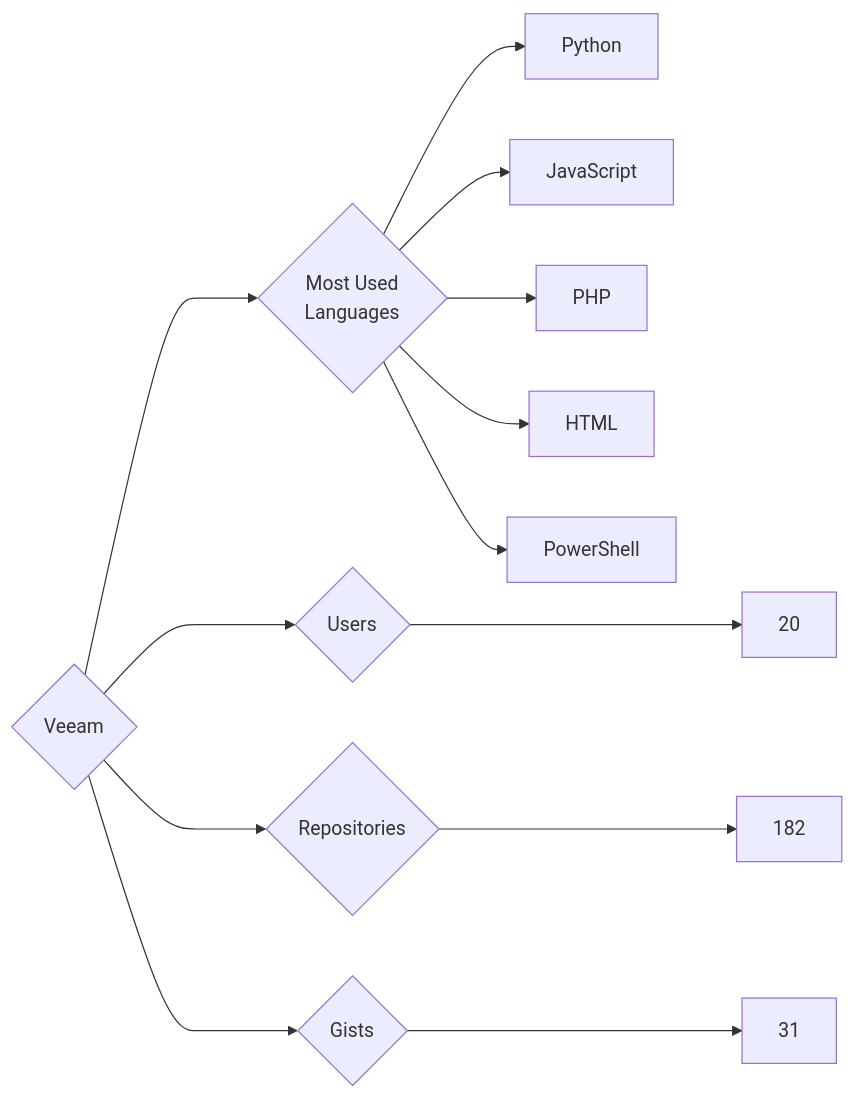
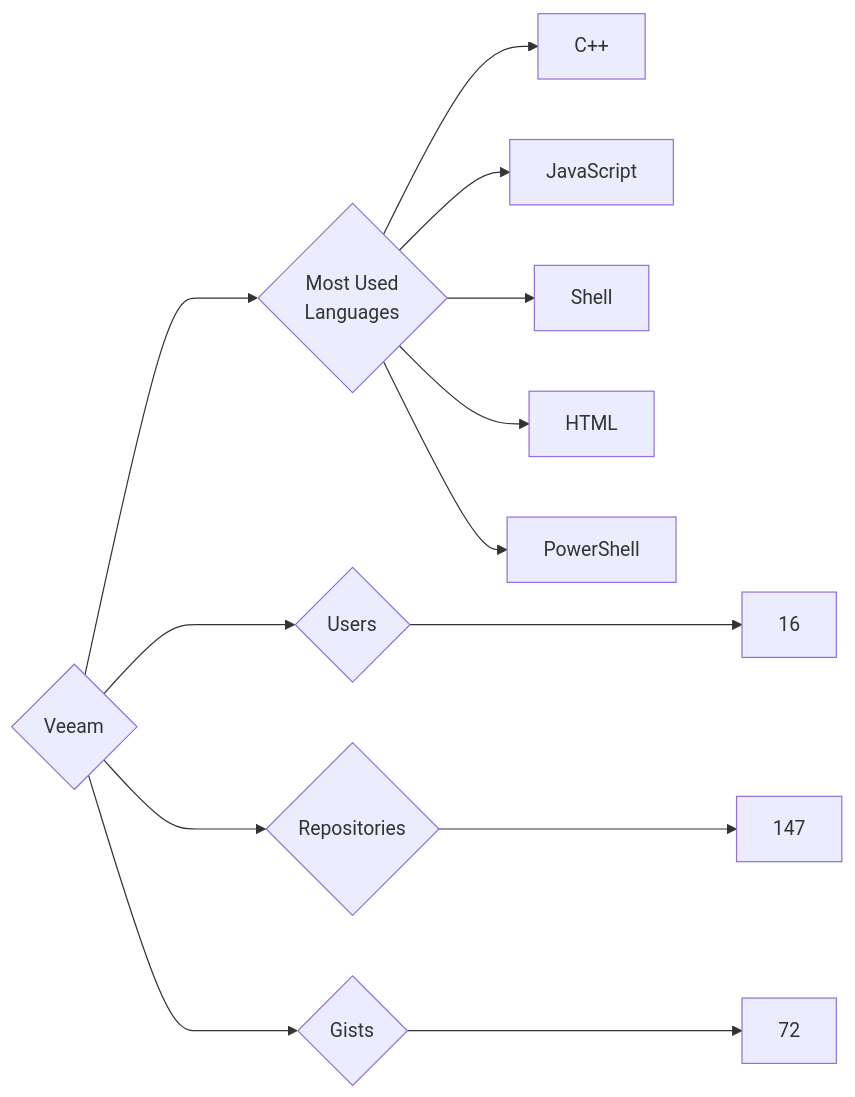
One commit to trickest/insiders changed the diagram in targets/Veeam/README.md. Above: the diagram before and after it, drawn with Mermaid. The commit also changed 898 other files, not shown here.

````diff
--- a/targets/Veeam/README.md
+++ b/targets/Veeam/README.md
@@ -3,13 +3,13 @@
 ```mermaid
 graph LR
 COMPANY_NAME{Veeam}
-COMPANY_NAME ---> U{Users} ---> UN[20]
-COMPANY_NAME ---> R{Repositories} ---> RN[182]
-COMPANY_NAME ---> G{Gists} ---> GN[31]
+COMPANY_NAME ---> U{Users} ---> UN[16]
+COMPANY_NAME ---> R{Repositories} ---> RN[147]
+COMPANY_NAME ---> G{Gists} ---> GN[72]
 COMPANY_NAME ---> ML{Most Used<br>Languages}
-ML --> Python[Python]
+ML --> C++[C++]
 ML --> JavaScript[JavaScript]
-ML --> PHP[PHP]
+ML --> Shell[Shell]
 ML --> HTML[HTML]
 ML --> PowerShell[PowerShell]
 ```
````
